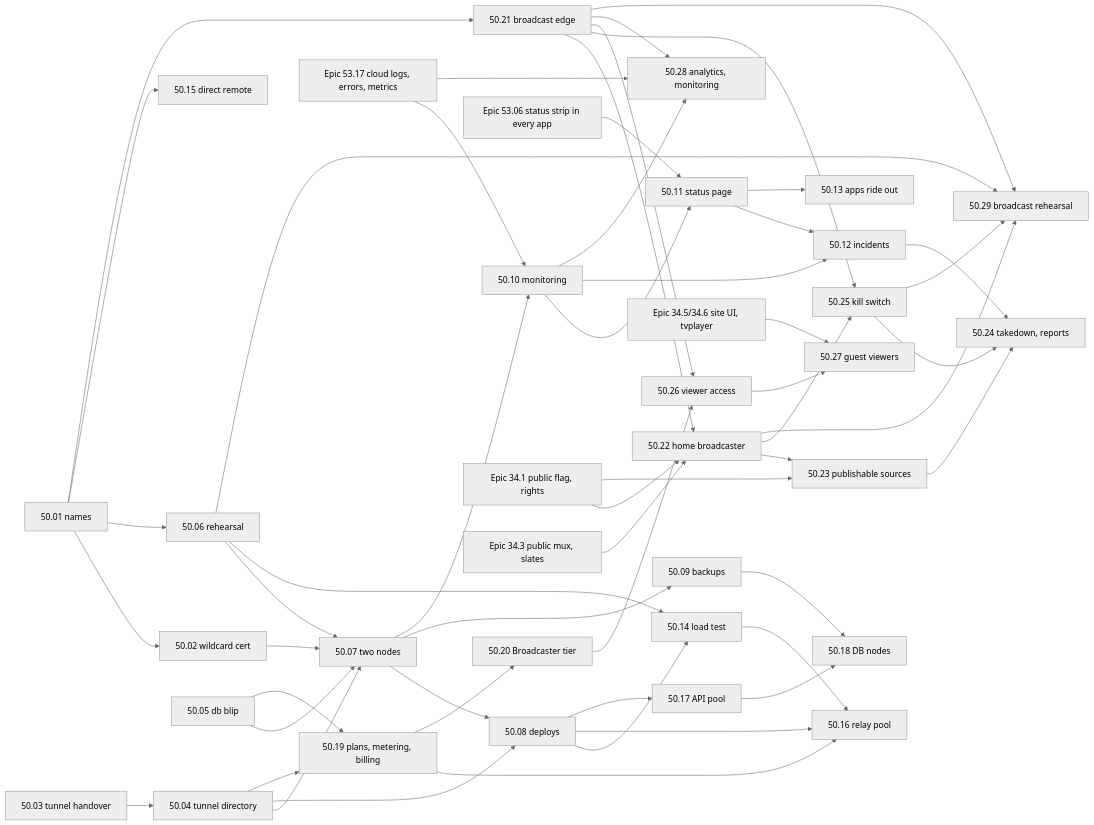
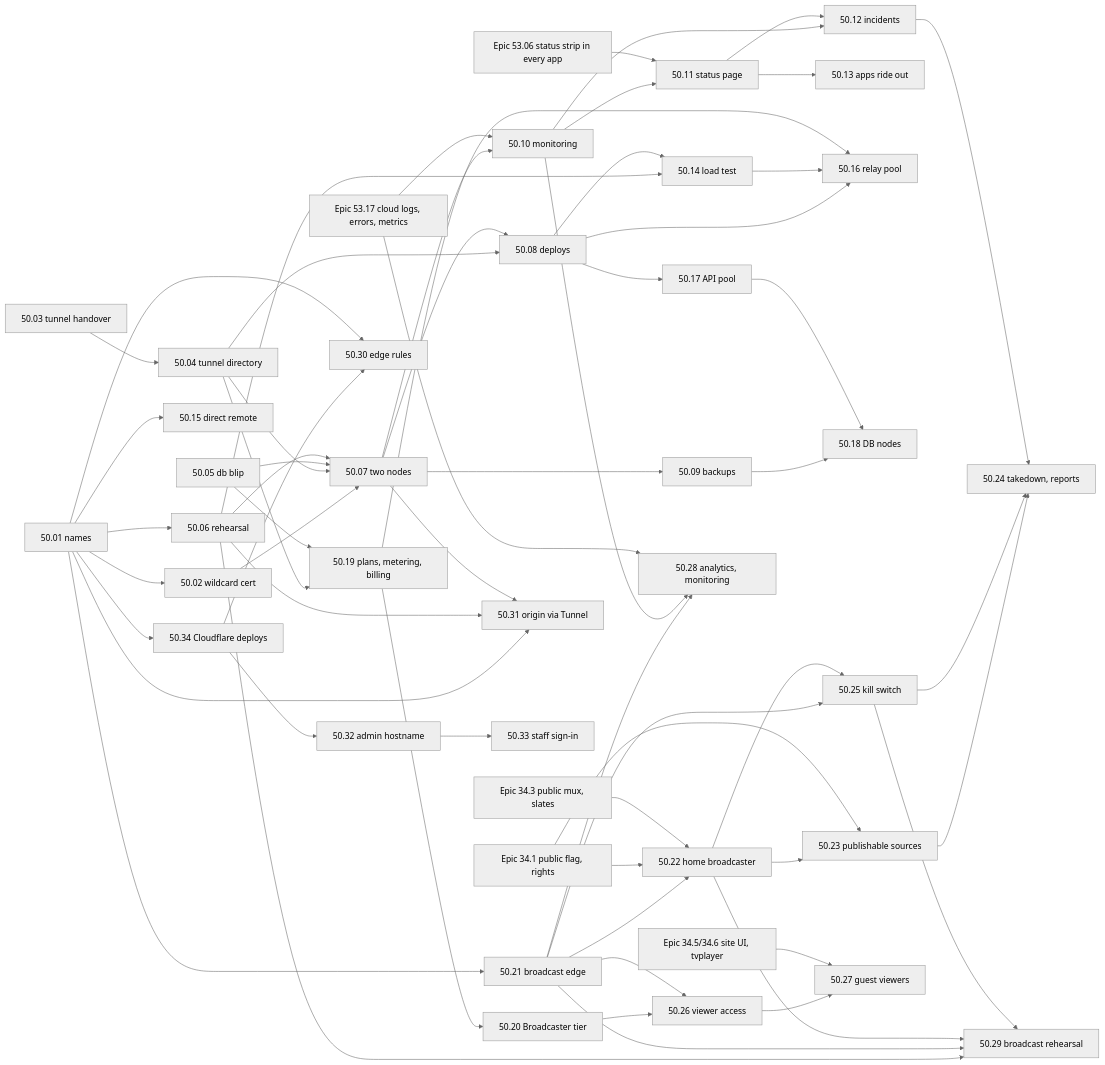
One commit to Hamza-Labs-Core/Maktaba changed the diagram in specs/epics/50-cloud-no-downtime/README.md. Above: the diagram before and after it, drawn with Mermaid (neutral theme). The commit also changed other lines of this file and 12 other files, not shown here.

````diff
--- a/specs/epics/50-cloud-no-downtime/README.md
+++ b/specs/epics/50-cloud-no-downtime/README.md
@@ -390,54 +407,62 @@
 ```mermaid
 graph LR
   S01[50.01 names] --> S02[50.02 wildcard cert]
   S01 --> S06[50.06 rehearsal]
   S01 --> S15[50.15 direct remote]
   S03[50.03 tunnel handover] --> S04[50.04 tunnel directory]
   S02 --> S07[50.07 two nodes]
   S04 --> S07
   S05[50.05 db blip] --> S07
   S06 --> S07
   S04 --> S08[50.08 deploys]
   S07 --> S08
   S07 --> S09[50.09 backups]
   S07 --> S10[50.10 monitoring]
   S10 --> S11[50.11 status page]
   E53_17[Epic 53.17 cloud logs, errors, metrics] --> S10
   E53_06[Epic 53.06 status strip in every app] --> S11
   S10 --> S12[50.12 incidents]
   S11 --> S12
   S11 --> S13[50.13 apps ride out]
   S06 --> S14[50.14 load test]
   S08 --> S14
   S08 --> S16[50.16 relay pool]
   S14 --> S16
   S08 --> S17[50.17 API pool]
   S09 --> S18[50.18 DB nodes]
   S17 --> S18
   S04 --> S19[50.19 plans, metering, billing]
   S05 --> S19
   S19 --> S16
   S19 --> S20[50.20 Broadcaster tier]
   S01 --> S21[50.21 broadcast edge]
   S21 --> S22[50.22 home broadcaster]
   E34_1[Epic 34.1 public flag, rights] --> S22
   E34_3[Epic 34.3 public mux, slates] --> S22
   S22 --> S23[50.23 publishable sources]
   E34_1 --> S23
   S21 --> S25[50.25 kill switch]
   S22 --> S25
   S23 --> S24[50.24 takedown, reports]
   S25 --> S24
   S12 --> S24
   S20 --> S26[50.26 viewer access]
   S21 --> S26
   S26 --> S27[50.27 guest viewers]
   E34_5[Epic 34.5/34.6 site UI, tvplayer] --> S27
   S21 --> S28[50.28 analytics, monitoring]
   S10 --> S28
   E53_17 --> S28
   S06 --> S29[50.29 broadcast rehearsal]
   S21 --> S29
   S22 --> S29
   S25 --> S29
+  S01 --> S34[50.34 Cloudflare deploys]
+  S34 --> S30[50.30 edge rules]
+  S01 --> S30
+  S01 --> S31[50.31 origin via Tunnel]
+  S06 --> S31
+  S07 --> S31
+  S34 --> S32[50.32 admin hostname]
+  S32 --> S33[50.33 staff sign-in]
 ```
````
